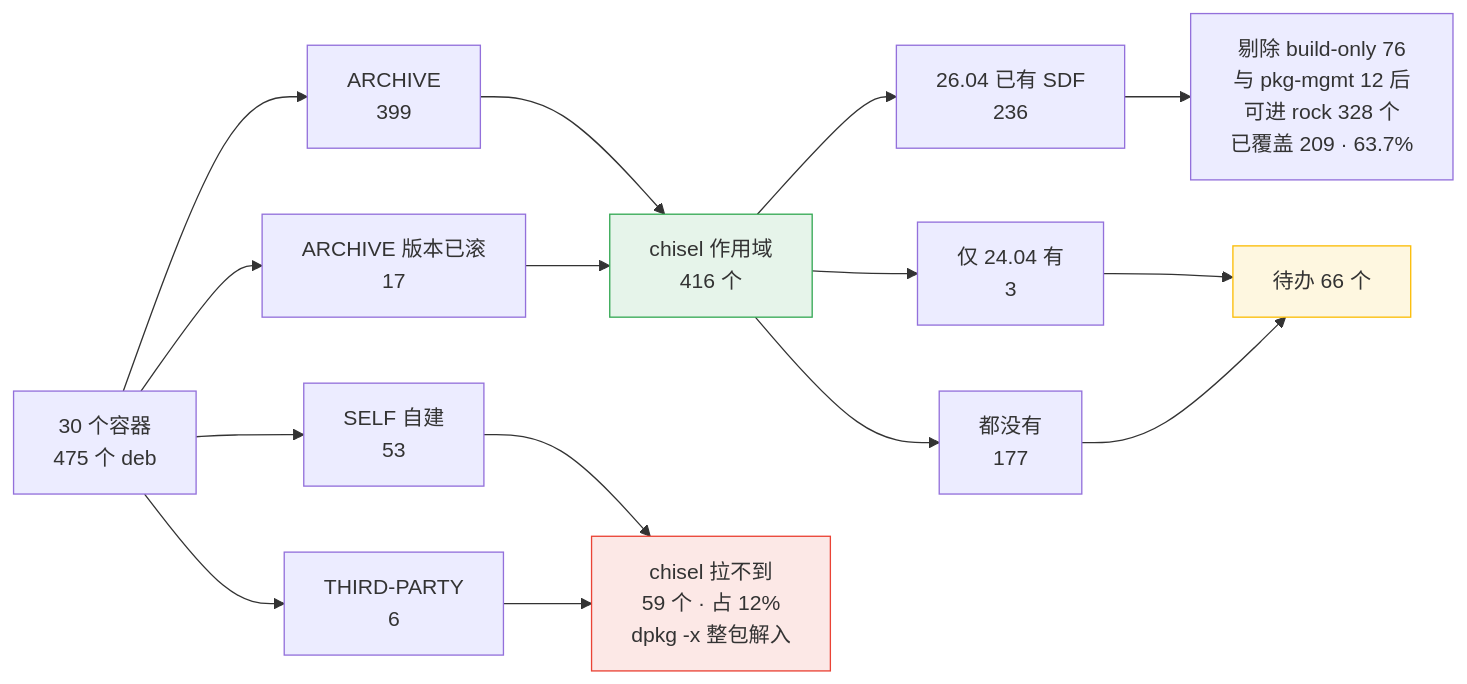
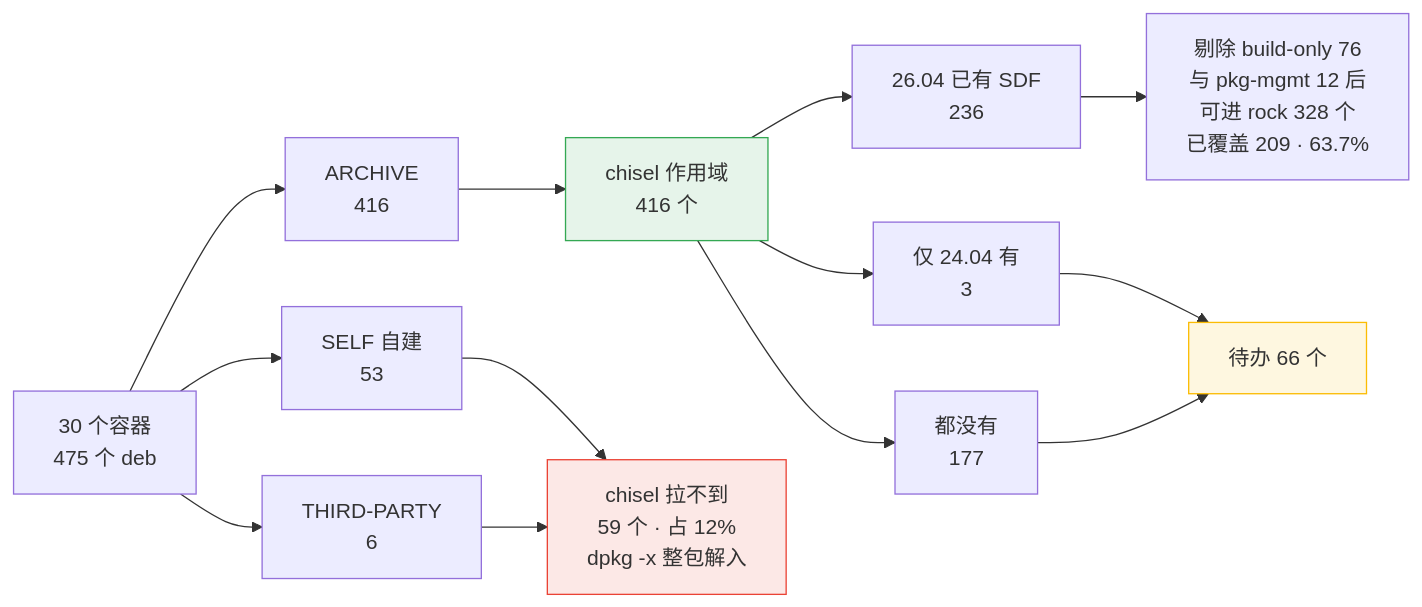
One commit to canonical/sonic-buildimage changed the second of 3 diagrams in docs/superpowers/2026-09-21-resolute-sonic-chisel-blueprint-zh.md. Above: the diagram before and after it, drawn with Mermaid. The commit also changed other lines of this file and 1 other file, not shown here.

First line of the commit message:
docs(resolute): fold the version-drift packages back into ARCHIVE

````diff
--- a/docs/superpowers/2026-09-21-resolute-sonic-chisel-blueprint-zh.md
+++ b/docs/superpowers/2026-09-21-resolute-sonic-chisel-blueprint-zh.md
@@ -69,21 +69,19 @@
 ```mermaid
 graph LR
     A["30 个容器<br/>475 个 deb"]
-    A --> R1["ARCHIVE<br/>399"]
-    A --> R2["ARCHIVE 版本已滚<br/>17"]
+    A --> R1["ARCHIVE<br/>416"]
     A --> R3["SELF 自建<br/>53"]
     A --> R4["THIRD-PARTY<br/>6"]
     R1 --> S["chisel 作用域<br/>416 个"]
-    R2 --> S
     R3 --> X["chisel 拉不到<br/>59 个 · 占 12%<br/>dpkg -x 整包解入"]
     R4 --> X
     S --> S1["26.04 已有 SDF<br/>236"]
     S --> S2["仅 24.04 有<br/>3"]
     S --> S3["都没有<br/>177"]
     S1 --> Y["剔除 build-only 76<br/>与 pkg-mgmt 12 后<br/>可进 rock 328 个<br/>已覆盖 209 · 63.7%"]
     S2 --> Z["待办 66 个"]
     S3 --> Z
     style S fill:#e6f4ea,stroke:#34a853
     style X fill:#fce8e6,stroke:#ea4335
     style Z fill:#fef7e0,stroke:#fbbc04
 ```
````
